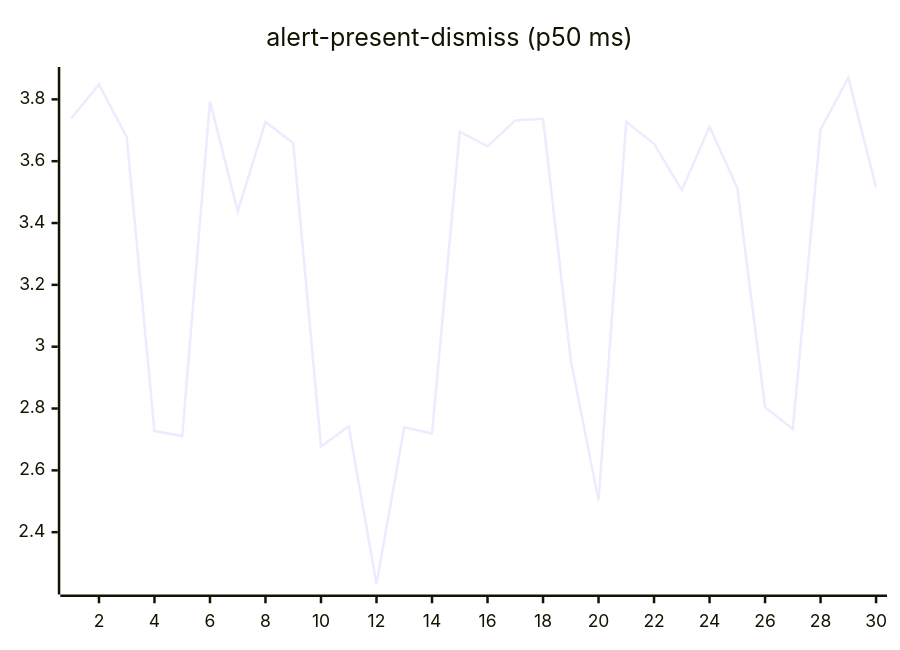
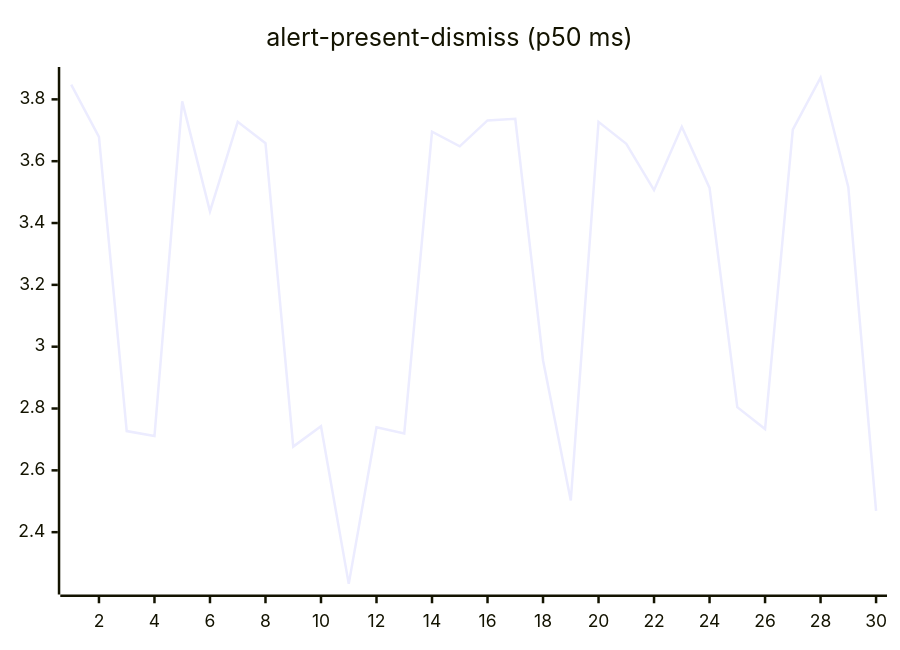
One commit to josha/Facet changed the second of 27 diagrams in README.md. Above: the diagram before and after it, drawn with Mermaid. The commit also changed other lines of this file and 2 other files, not shown here.

````diff
--- a/README.md
+++ b/README.md
@@ -70,6 +70,6 @@
 ```mermaid
 xychart-beta
     title "alert-present-dismiss (p50 ms)"
     x-axis 1 --> 30
-    line [3.7386, 3.8479, 3.6788, 2.7270, 2.7111, 3.7936, 3.4376, 3.7274, 3.6582, 2.6769, 2.7425, 2.2328, 2.7393, 2.7195, 3.6955, 3.6480, 3.7318, 3.7373, 2.9562, 2.5024, 3.7273, 3.6562, 3.5064, 3.7112, 3.5136, 2.8044, 2.7337, 3.7022, 3.8703, 3.5157]
+    line [3.8479, 3.6788, 2.7270, 2.7111, 3.7936, 3.4376, 3.7274, 3.6582, 2.6769, 2.7425, 2.2328, 2.7393, 2.7195, 3.6955, 3.6480, 3.7318, 3.7373, 2.9562, 2.5024, 3.7273, 3.6562, 3.5064, 3.7112, 3.5136, 2.8044, 2.7337, 3.7022, 3.8703, 3.5157, 2.4688]
 ```
````
